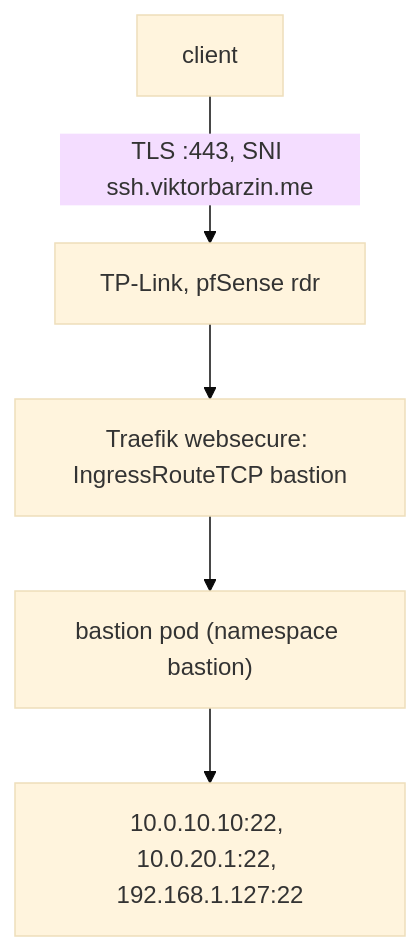
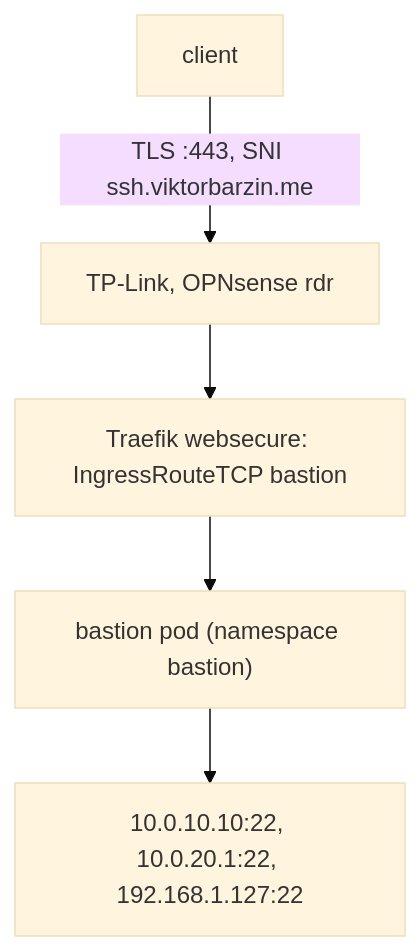
One commit to ViktorBarzin/infra changed the diagram in docs/runbooks/bastion-ssh.md. Above: the diagram before and after it, drawn with Mermaid (base theme). The commit also changed other lines of this file and 53 other files, not shown here.

````diff
--- a/docs/runbooks/bastion-ssh.md
+++ b/docs/runbooks/bastion-ssh.md
@@ -18,7 +18,7 @@
 ```mermaid
 flowchart TD
-  C["client"] -->|"TLS :443, SNI ssh.viktorbarzin.me"| P["TP-Link, pfSense rdr"]
+  C["client"] -->|"TLS :443, SNI ssh.viktorbarzin.me"| P["TP-Link, OPNsense rdr"]
   P --> T["Traefik websecure: IngressRouteTCP bastion"]
   T --> B["bastion pod (namespace bastion)"]
   B --> G["10.0.10.10:22, 10.0.20.1:22, 192.168.1.127:22"]
 ```
````
